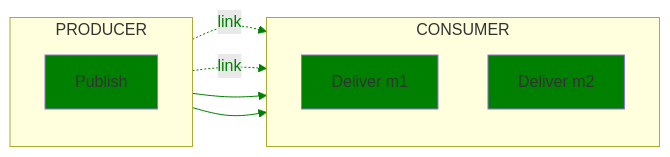
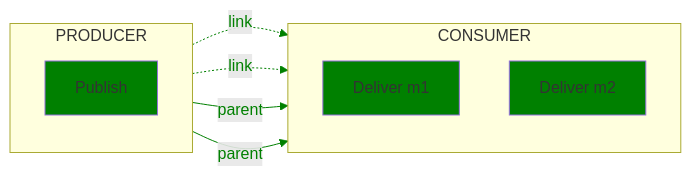
One commit to open-telemetry/oteps changed the sixth of 12 diagrams in text/trace/0220-messaging-semantic-conventions-span-structure.md. Above: the diagram before and after it, drawn with Mermaid. The commit also changed other lines of this file, not shown here.

Commit message:
Add parent label on diagrams

````diff
--- a/text/trace/0220-messaging-semantic-conventions-span-structure.md
+++ b/text/trace/0220-messaging-semantic-conventions-span-structure.md
@@ -424,20 +424,20 @@
 ```mermaid
 flowchart LR;
   subgraph PRODUCER
   direction TB
   P[Publish]
   end
   subgraph CONSUMER
   direction TB
   DM1[Deliver m1]
   DM2[Deliver m2]
   end
   P-. link .->DM1;
   P-. link .->DM2;
-  P-->DM1;
-  P-->DM2;
+  P-->|parent|DM1;
+  P-->|parent|DM2;
 
   classDef normal fill:green
   class P,DM1,DM2 normal
   linkStyle 0,1,2,3 color:green,stroke:green
 ```
````
